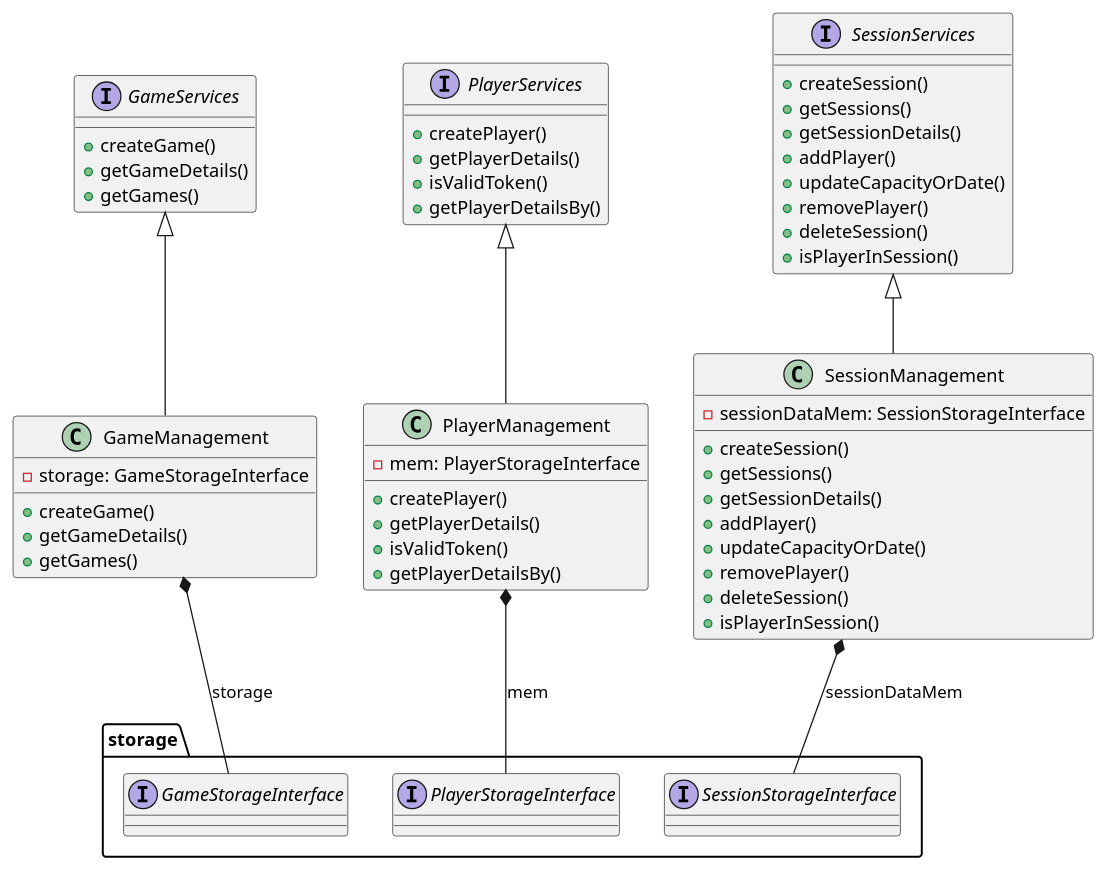
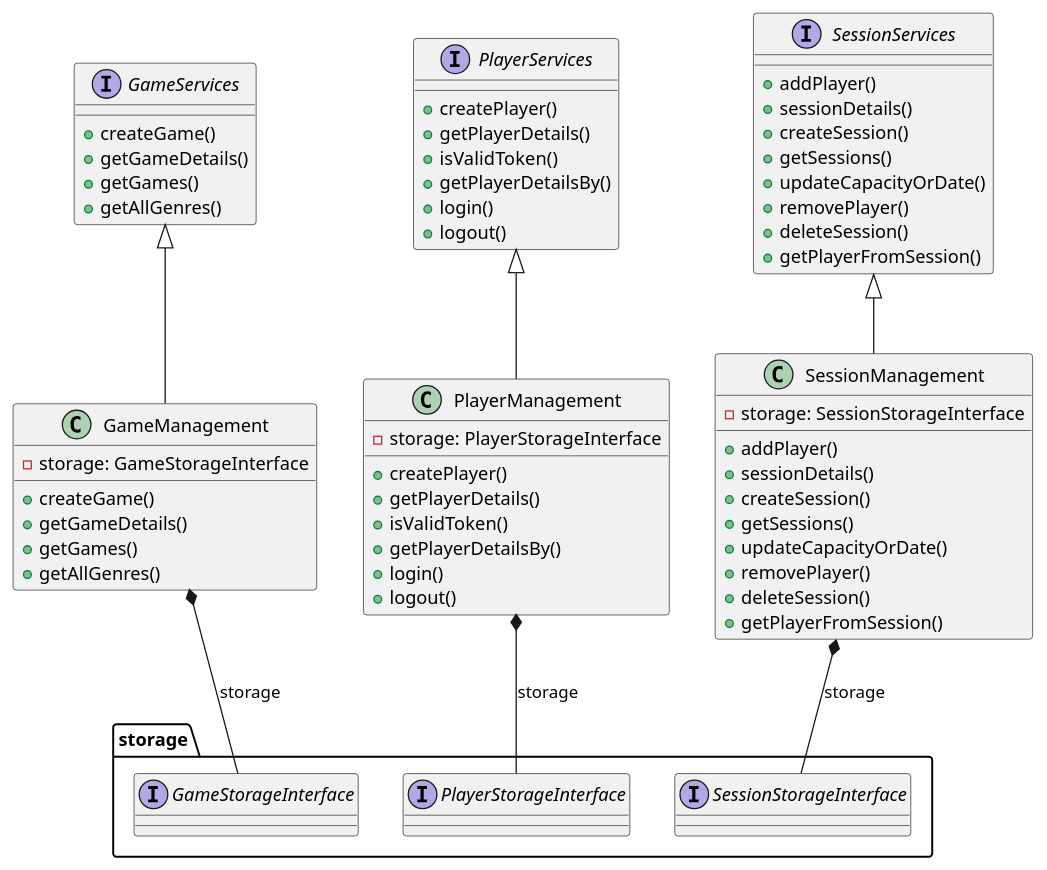
The diagram in phase4/src/main/kotlin/pt/isel/ls/services/ServicesDiagram.puml (Thuzys/Session_Control), drawn with PlantUML before and after one commit. The commit also changed 20 other files, not shown here.

Commit message:
- documentation improvement. - createSession logic update. - create player page handler update.

```diff
--- a/phase4/src/main/kotlin/pt/isel/ls/services/ServicesDiagram.puml
+++ b/phase4/src/main/kotlin/pt/isel/ls/services/ServicesDiagram.puml
@@ -1,71 +1,76 @@
 @startuml
 'https://plantuml.com/sequence-diagram
 
 interface GameServices {
     +createGame()
     +getGameDetails()
     +getGames()
+    +getAllGenres()
 }
 
 interface PlayerServices {
     +createPlayer()
     +getPlayerDetails()
     +isValidToken()
     +getPlayerDetailsBy()
+    +login()
+    +logout()
 }
 
 interface SessionServices {
-    + createSession()
-    + getSessions()
-    + getSessionDetails()
-    + addPlayer()
-    + updateCapacityOrDate()
-    + removePlayer()
-    + deleteSession()
-    + isPlayerInSession()
+    +addPlayer()
+    +sessionDetails()
+    +createSession()
+    +getSessions()
+    +updateCapacityOrDate()
+    +removePlayer()
+    +deleteSession()
+    +getPlayerFromSession()
 }
 
 class GameManagement {
     +createGame()
     +getGameDetails()
     +getGames()
+    +getAllGenres()
     -storage: GameStorageInterface
 }
 
 class PlayerManagement {
     +createPlayer()
     +getPlayerDetails()
     +isValidToken()
     +getPlayerDetailsBy()
-    -mem: PlayerStorageInterface
+    +login()
+    +logout()
+    -storage: PlayerStorageInterface
 }
 
 class SessionManagement {
-    + createSession()
-    + getSessions()
-    + getSessionDetails()
-    + addPlayer()
-    + updateCapacityOrDate()
-    + removePlayer()
-    + deleteSession()
-    + isPlayerInSession()
-    -sessionDataMem: SessionStorageInterface
+    +addPlayer()
+    +sessionDetails()
+    +createSession()
+    +getSessions()
+    +updateCapacityOrDate()
+    +removePlayer()
+    +deleteSession()
+    +getPlayerFromSession()
+    -storage: SessionStorageInterface
 }
 
 GameServices <|-- GameManagement
 PlayerServices <|-- PlayerManagement
 SessionServices <|-- SessionManagement
 
 package storage {
    interface GameStorageInterface
    interface PlayerStorageInterface
    interface SessionStorageInterface
 
 }
 
 GameManagement *-- storage.GameStorageInterface : storage
-PlayerManagement *-- storage.PlayerStorageInterface : mem
-SessionManagement *-- storage.SessionStorageInterface : sessionDataMem
-
+PlayerManagement *-- storage.PlayerStorageInterface : storage
+SessionManagement *-- storage.SessionStorageInterface : storage
 
 @enduml
```
